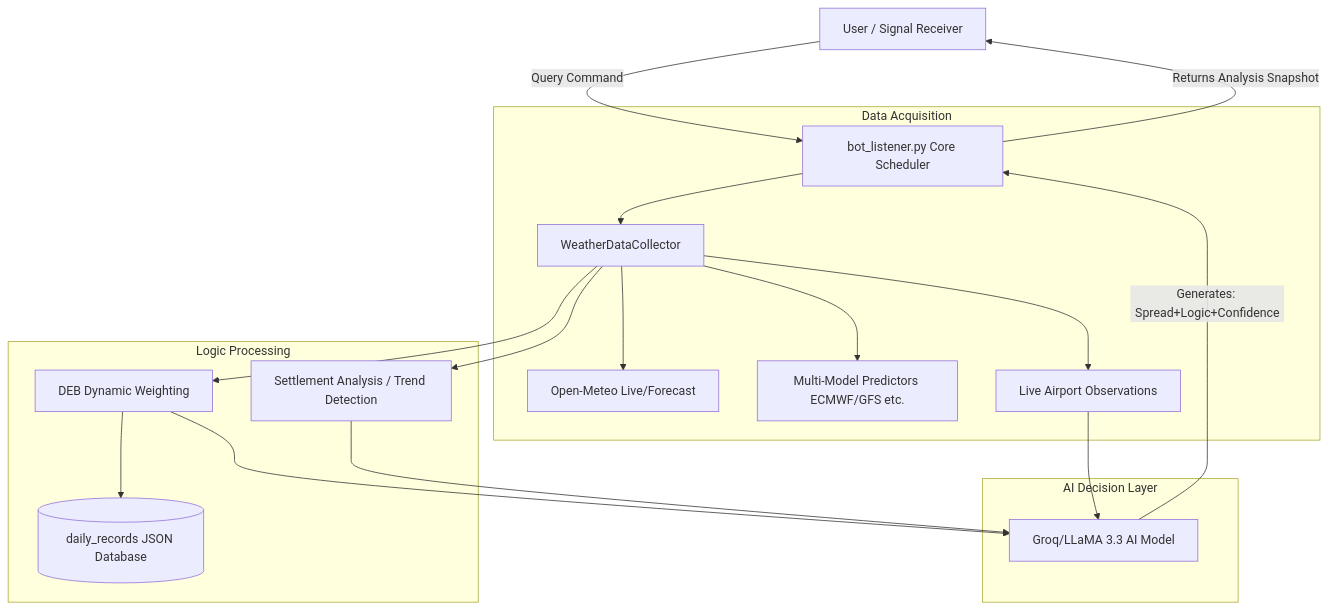
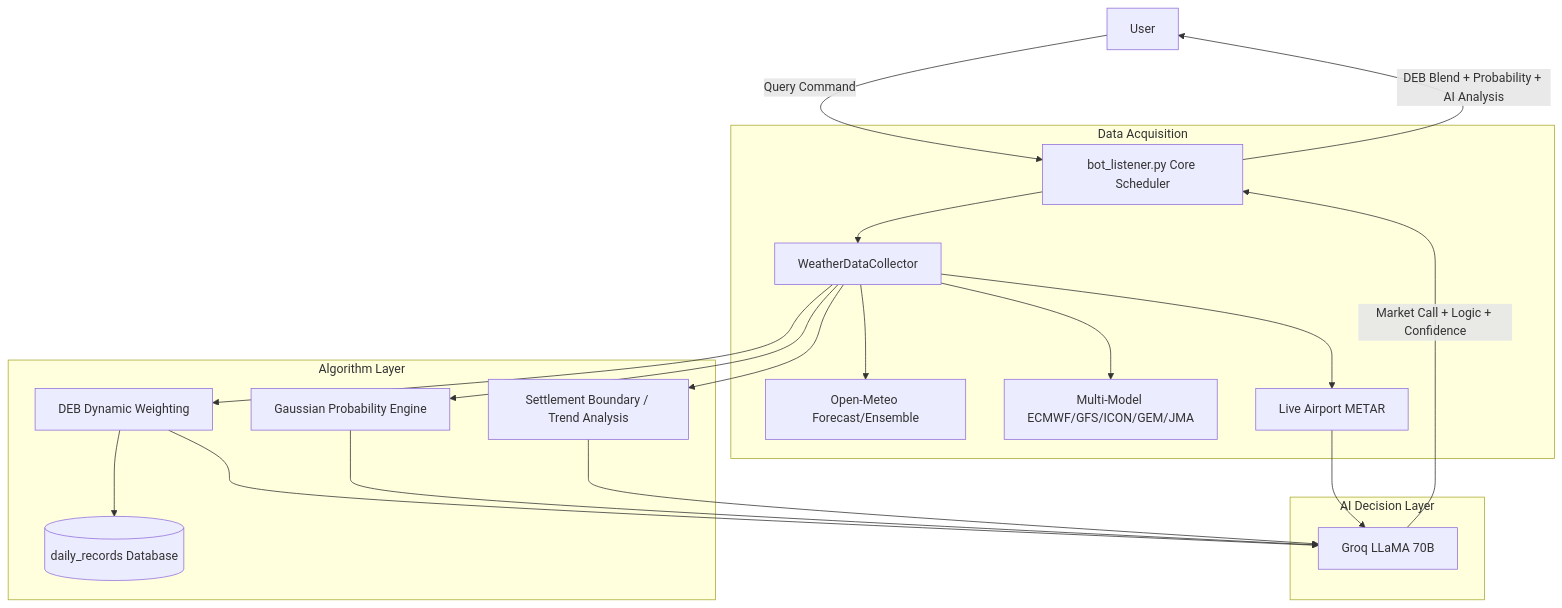
The diagram in README.md (yangyuan-zhen/PolyWeather), drawn with Mermaid before and after one commit. The commit also changed other lines of this file and 1 other file, not shown here.

Commit message:
docs: full sync with probability engine, AI retry, and DEB self-learning

````diff
--- a/README.md
+++ b/README.md
@@ -82,26 +92,28 @@
 ```mermaid
 graph TD
-    User[User / Signal Receiver] -->|Query Command| Bot[bot_listener.py Core Scheduler]
+    User[User] -->|Query Command| Bot[bot_listener.py Core Scheduler]
 
     subgraph Data Acquisition
         Bot --> Collector[WeatherDataCollector]
-        Collector --> OM[Open-Meteo Live/Forecast]
-        Collector --> MM[Multi-Model Predictors ECMWF/GFS etc.]
-        Collector --> METAR[Live Airport Observations]
+        Collector --> OM[Open-Meteo Forecast/Ensemble]
+        Collector --> MM[Multi-Model ECMWF/GFS/ICON/GEM/JMA]
+        Collector --> METAR[Live Airport METAR]
     end
 
-    subgraph Logic Processing
+    subgraph Algorithm Layer
         Collector --> DEB[DEB Dynamic Weighting]
-        DEB --> DB[(daily_records JSON Database)]
-        Collector --> Logic[Settlement Analysis / Trend Detection]
+        DEB --> DB[(daily_records Database)]
+        Collector --> Prob[Gaussian Probability Engine]
+        Collector --> Logic[Settlement Boundary / Trend Analysis]
     end
 
     subgraph AI Decision Layer
-        DEB --> AIAnalyzer[Groq/LLaMA 3.3 AI Model]
-        Logic --> AIAnalyzer
-        METAR --> AIAnalyzer
+        DEB --> AI[Groq LLaMA 70B]
+        Prob --> AI
+        Logic --> AI
+        METAR --> AI
     end
 
-    AIAnalyzer -->|Generates: Spread+Logic+Confidence| Bot
-    Bot -->|Returns Analysis Snapshot| User
+    AI -->|Market Call + Logic + Confidence| Bot
+    Bot -->|DEB Blend + Probability + AI Analysis| User
 ```
````
